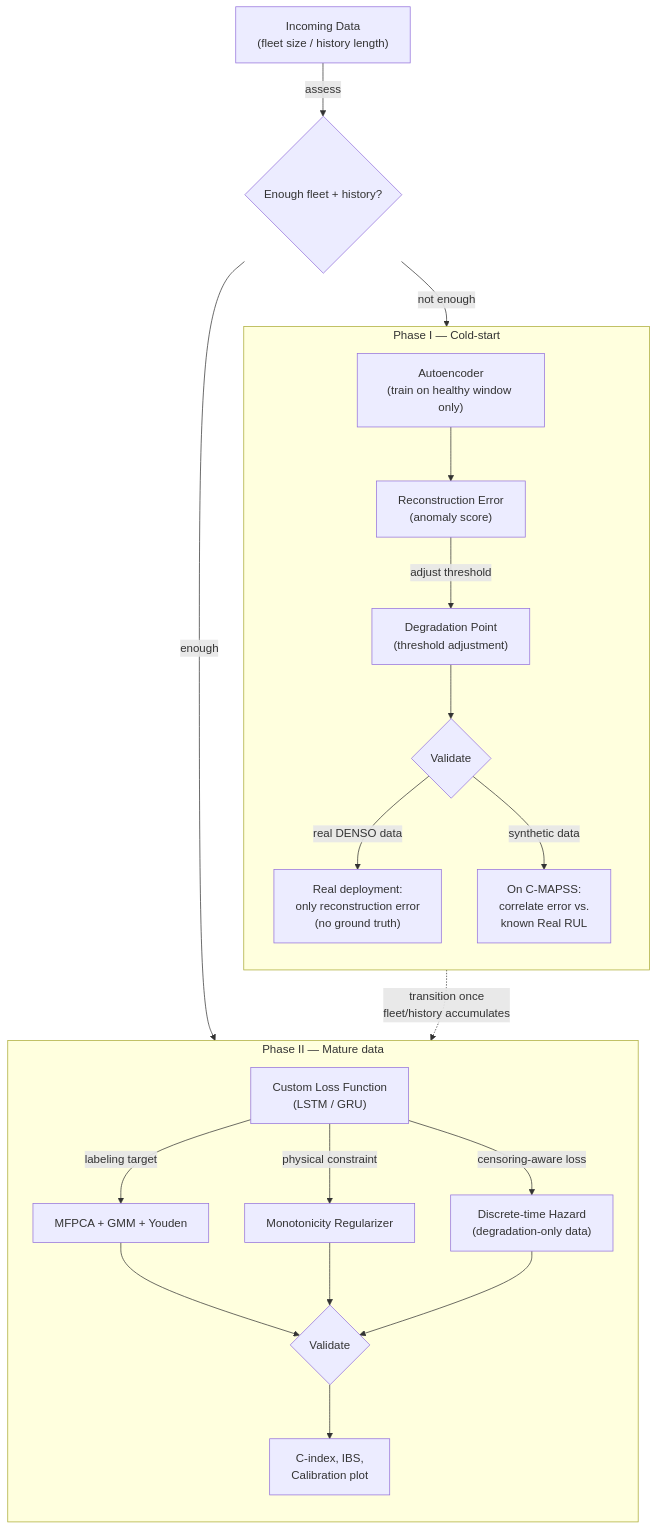
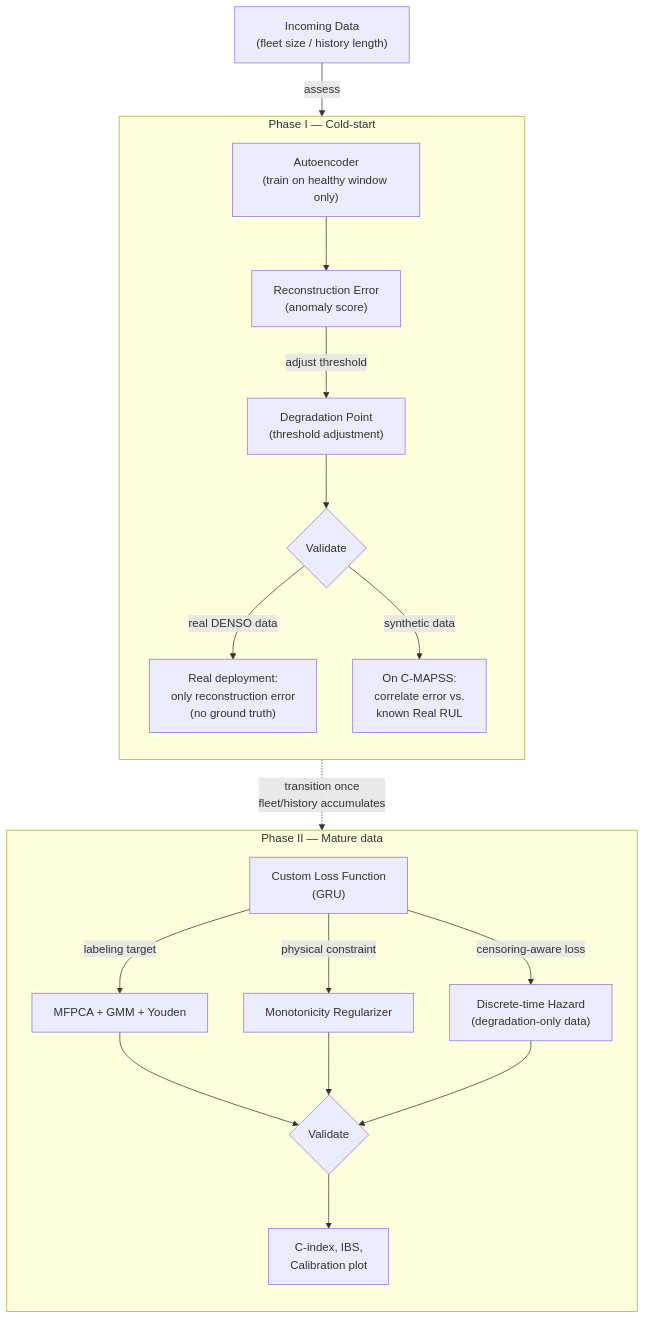
Before and after one commit to seuldz2005/Denso-Hack-: the diagram in readme.org, drawn with Mermaid. The commit also changed other lines of this file and 15 other files, not shown here.

```diff
--- a/readme.org
+++ b/readme.org
@@ -4,33 +4,30 @@
 #+BEGIN_SRC mermaid :file my-diagram.png
 flowchart TD
-    In["Incoming Data\n(fleet size / history length)"] -->|assess| Cond{"Enough fleet + history?"}
-
-    Cond -->|not enough| AE
-    Cond -->|enough| CLF
+    In["Incoming Data\n(fleet size / history length)"] -->|assess| AE
 
     subgraph Phase1 [Phase I — Cold-start]
         direction TB
         AE["Autoencoder\n(train on healthy window only)"] --> RE["Reconstruction Error\n(anomaly score)"]
         RE -->|adjust threshold| DP["Degradation Point\n(threshold adjustment)"]
         DP --> Val1{"Validate"}
         Val1 -->|real DENSO data| Real["Real deployment:\nonly reconstruction error\n(no ground truth)"]
         Val1 -->|synthetic data| CMAPSS["On C-MAPSS:\ncorrelate error vs.\nknown Real RUL"]
     end
 
     subgraph Phase2 [Phase II — Mature data]
         direction TB
-        CLF["Custom Loss Function\n(LSTM / GRU)"]
+        CLF["Custom Loss Function\n(GRU)"]
 
         CLF -->|labeling target| MFPCA["MFPCA + GMM + Youden"]
         CLF -->|physical constraint| Mono["Monotonicity Regularizer"]
         CLF -->|censoring-aware loss| Haz["Discrete-time Hazard\n(degradation-only data)"]
 
         MFPCA --> Val2{"Validate"}
         Mono --> Val2
         Haz --> Val2
 
         Val2 --> Metrics["C-index, IBS,\nCalibration plot"]
     end
 
     DP -.->|transition once\nfleet/history accumulates| CLF
 #+END_SRC
```
